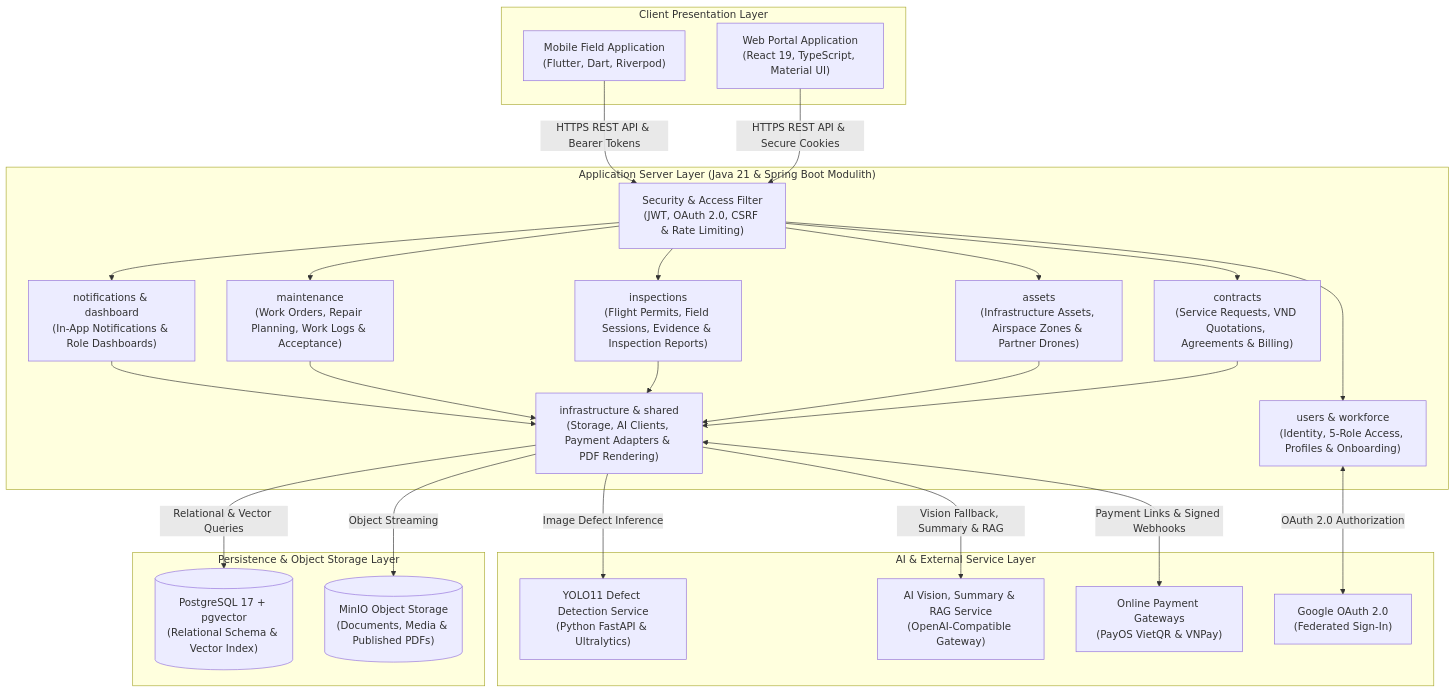
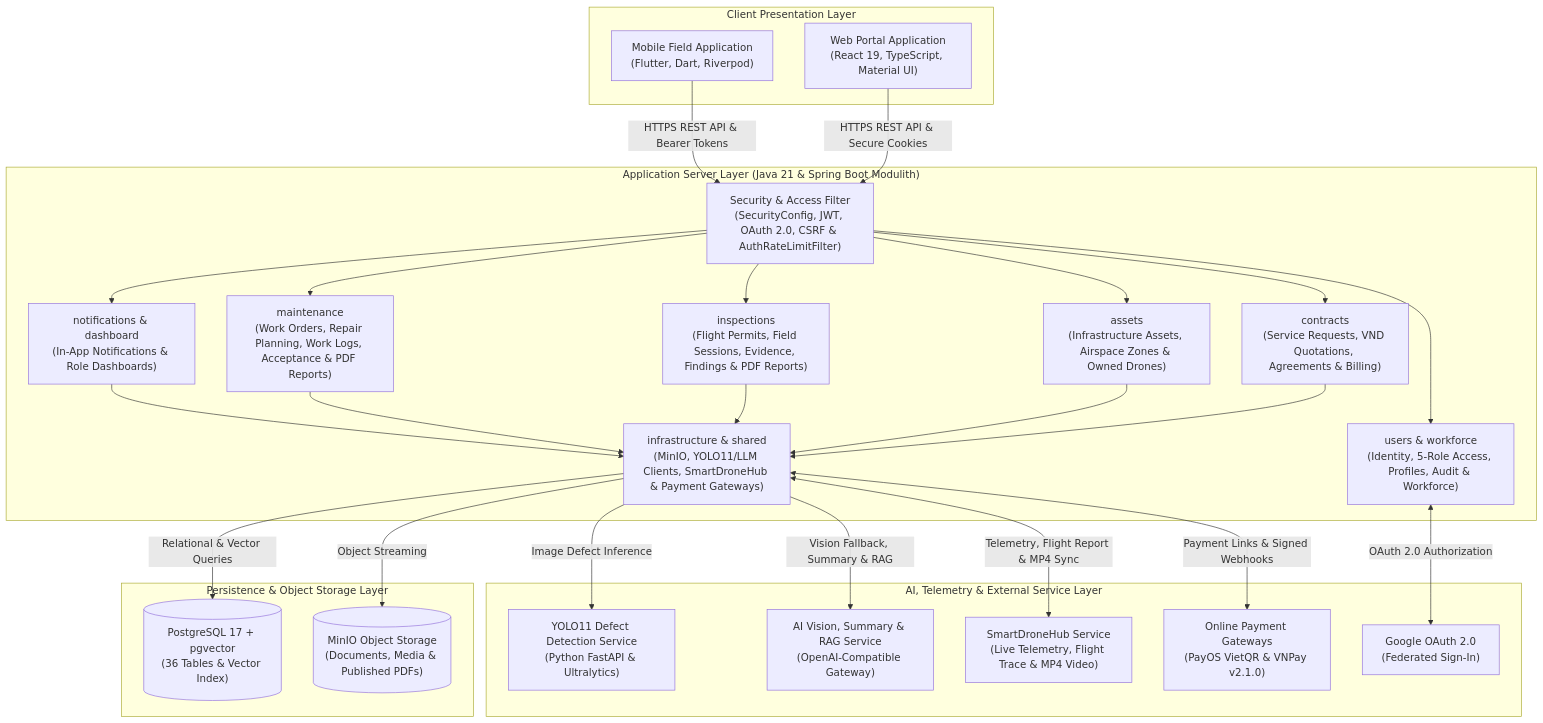
The first of 2 diagrams in reports/report-4-software-design-document/01-system-design.md (tungbach12/SmartDroneInspection-Docs), drawn with Mermaid before and after one commit. The commit also changed other lines of this file and 101 other files, not shown here.

Commit message:
docs(reports): align Report 4 SDD and Report 5 test suite with V1-V28 codebase

````diff
--- a/reports/report-4-software-design-document/01-system-design.md
+++ b/reports/report-4-software-design-document/01-system-design.md
@@ -16,54 +16,56 @@
 ```mermaid
 %% title: System Architecture Diagram
 flowchart TD
   subgraph Clients["Client Presentation Layer"]
     CLIENT_WEB["Web Portal Application\n(React 19, TypeScript, Material UI)"]
     CLIENT_MOB["Mobile Field Application\n(Flutter, Dart, Riverpod)"]
   end
 
   subgraph Backend["Application Server Layer (Java 21 & Spring Boot Modulith)"]
-    SEC_FILTER["Security & Access Filter\n(JWT, OAuth 2.0, CSRF & Rate Limiting)"]
-    MOD_USERS["users & workforce\n(Identity, 5-Role Access, Profiles & Onboarding)"]
+    SEC_FILTER["Security & Access Filter\n(SecurityConfig, JWT, OAuth 2.0, CSRF & AuthRateLimitFilter)"]
+    MOD_USERS["users & workforce\n(Identity, 5-Role Access, Profiles, Audit & Workforce)"]
     MOD_CONTRACTS["contracts\n(Service Requests, VND Quotations, Agreements & Billing)"]
-    MOD_ASSETS["assets\n(Infrastructure Assets, Airspace Zones & Partner Drones)"]
-    MOD_INSP["inspections\n(Flight Permits, Field Sessions, Evidence & Inspection Reports)"]
-    MOD_MAINT["maintenance\n(Work Orders, Repair Planning, Work Logs & Acceptance)"]
+    MOD_ASSETS["assets\n(Infrastructure Assets, Airspace Zones & Owned Drones)"]
+    MOD_INSP["inspections\n(Flight Permits, Field Sessions, Evidence, Findings & PDF Reports)"]
+    MOD_MAINT["maintenance\n(Work Orders, Repair Planning, Work Logs, Acceptance & PDF Reports)"]
     MOD_NOTIF["notifications & dashboard\n(In-App Notifications & Role Dashboards)"]
-    MOD_INFRA["infrastructure & shared\n(Storage, AI Clients, Payment Adapters & PDF Rendering)"]
+    MOD_INFRA["infrastructure & shared\n(MinIO, YOLO11/LLM Clients, SmartDroneHub & Payment Gateways)"]
   end
 
   subgraph DataAndStorage["Persistence & Object Storage Layer"]
-    DB_PG[("PostgreSQL 17 + pgvector\n(Relational Schema & Vector Index)")]
+    DB_PG[("PostgreSQL 17 + pgvector\n(36 Tables & Vector Index)")]
     STORE_MINIO[("MinIO Object Storage\n(Documents, Media & Published PDFs)")]
   end
 
-  subgraph ExternalAndAI["AI & External Service Layer"]
+  subgraph ExternalAndAI["AI, Telemetry & External Service Layer"]
     AI_SERVICE["YOLO11 Defect Detection Service\n(Python FastAPI & Ultralytics)"]
     LLM_GATEWAY["AI Vision, Summary & RAG Service\n(OpenAI-Compatible Gateway)"]
-    PAY_GATEWAY["Online Payment Gateways\n(PayOS VietQR & VNPay)"]
+    DRONE_HUB["SmartDroneHub Service\n(Live Telemetry, Flight Trace & MP4 Video)"]
+    PAY_GATEWAY["Online Payment Gateways\n(PayOS VietQR & VNPay v2.1.0)"]
     GOOGLE_OAUTH["Google OAuth 2.0\n(Federated Sign-In)"]
   end
 
   CLIENT_WEB -->|"HTTPS REST API & Secure Cookies"| SEC_FILTER
   CLIENT_MOB -->|"HTTPS REST API & Bearer Tokens"| SEC_FILTER
 
   SEC_FILTER --> MOD_USERS
   SEC_FILTER --> MOD_CONTRACTS
   SEC_FILTER --> MOD_ASSETS
   SEC_FILTER --> MOD_INSP
   SEC_FILTER --> MOD_MAINT
   SEC_FILTER --> MOD_NOTIF
 
   MOD_CONTRACTS --> MOD_INFRA
   MOD_ASSETS --> MOD_INFRA
   MOD_INSP --> MOD_INFRA
   MOD_MAINT --> MOD_INFRA
   MOD_NOTIF --> MOD_INFRA
 
   MOD_INFRA -->|"Relational & Vector Queries"| DB_PG
   MOD_INFRA -->|"Object Streaming"| STORE_MINIO
   MOD_INFRA -->|"Image Defect Inference"| AI_SERVICE
   MOD_INFRA -->|"Vision Fallback, Summary & RAG"| LLM_GATEWAY
+  MOD_INFRA <-->|"Telemetry, Flight Report & MP4 Sync"| DRONE_HUB
   MOD_INFRA <-->|"Payment Links & Signed Webhooks"| PAY_GATEWAY
   MOD_USERS <-->|"OAuth 2.0 Authorization"| GOOGLE_OAUTH
 ```
````
